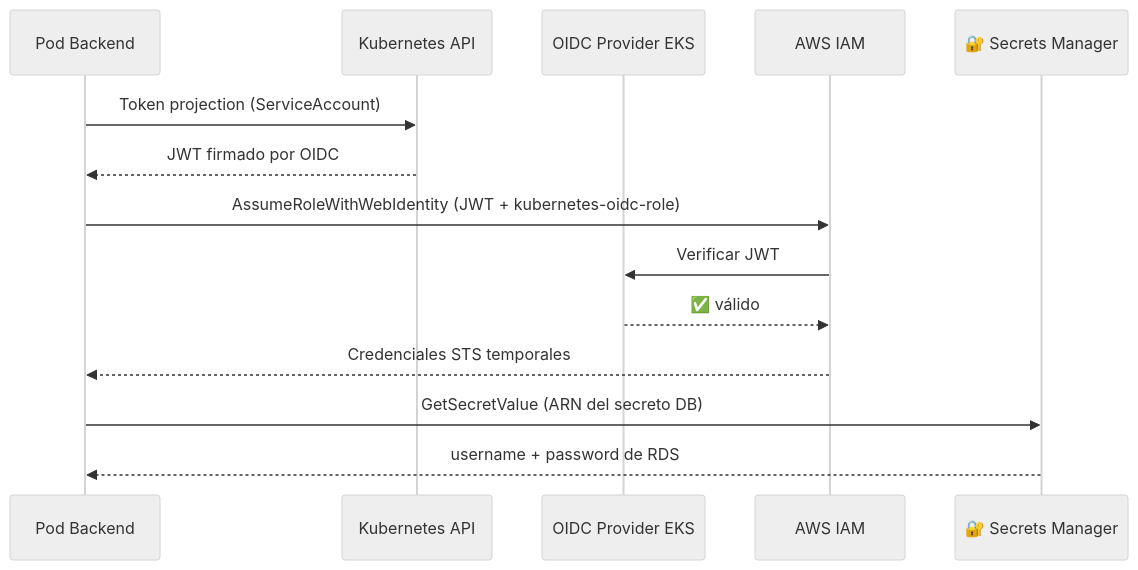
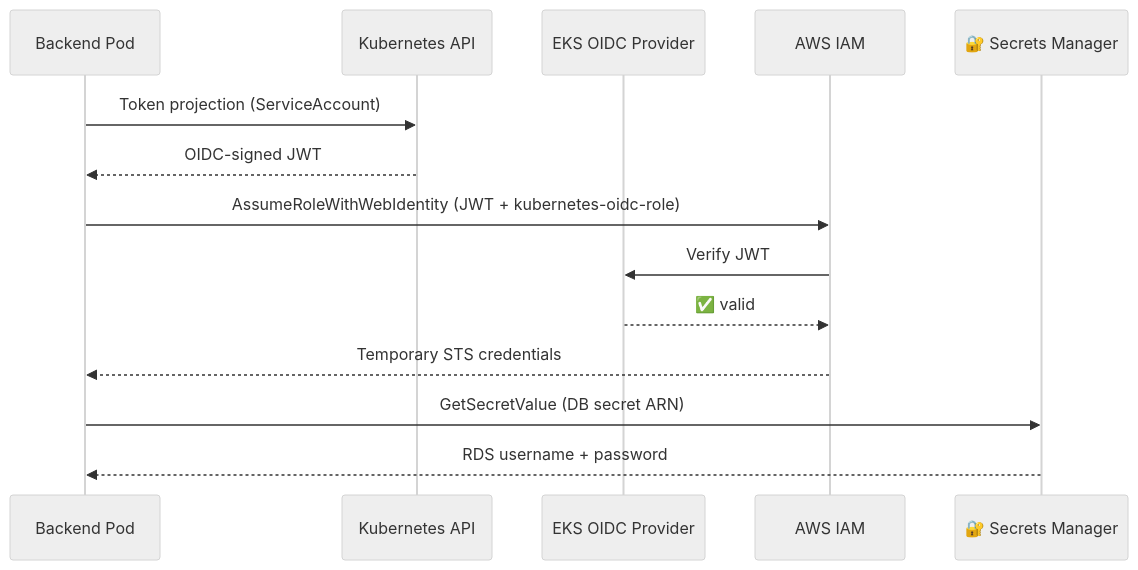
Before and after one commit to chelu-cloud/orchestra-deployment: the tenth of 14 diagrams in README.MD, drawn with Mermaid (neutral theme). The commit also changed other lines of this file, not shown here.

````diff
--- a/README.MD
+++ b/README.MD
@@ -488,17 +488,17 @@
 ```mermaid
 sequenceDiagram
-    participant POD as Pod Backend
+    participant POD as Backend Pod
     participant K8 as Kubernetes API
-    participant EKS_OIDC as OIDC Provider EKS
+    participant EKS_OIDC as EKS OIDC Provider
     participant IAM as AWS IAM
     participant SM as 🔐 Secrets Manager
 
     POD->>K8: Token projection (ServiceAccount)
-    K8-->>POD: JWT firmado por OIDC
+    K8-->>POD: OIDC-signed JWT
     POD->>IAM: AssumeRoleWithWebIdentity (JWT + kubernetes-oidc-role)
-    IAM->>EKS_OIDC: Verificar JWT
-    EKS_OIDC-->>IAM: ✅ válido
-    IAM-->>POD: Credenciales STS temporales
-    POD->>SM: GetSecretValue (ARN del secreto DB)
-    SM-->>POD: username + password de RDS
+    IAM->>EKS_OIDC: Verify JWT
+    EKS_OIDC-->>IAM: ✅ valid
+    IAM-->>POD: Temporary STS credentials
+    POD->>SM: GetSecretValue (DB secret ARN)
+    SM-->>POD: RDS username + password
 ```
````
